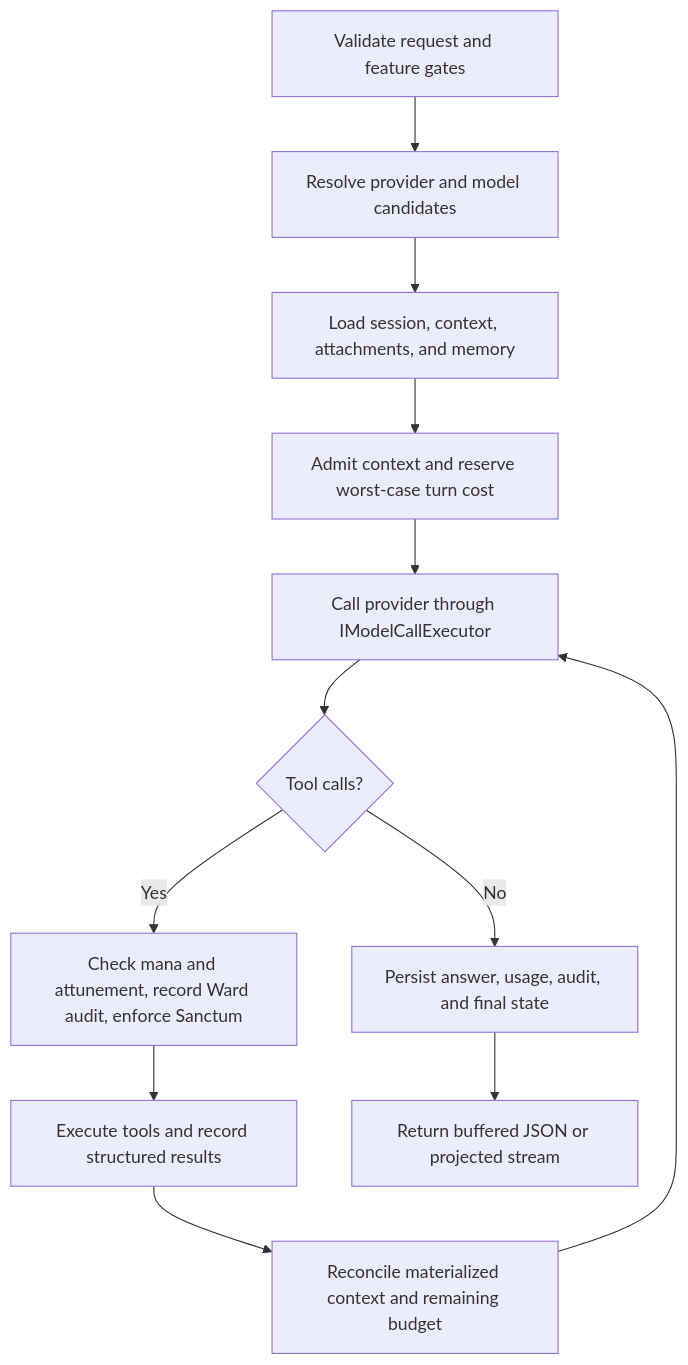
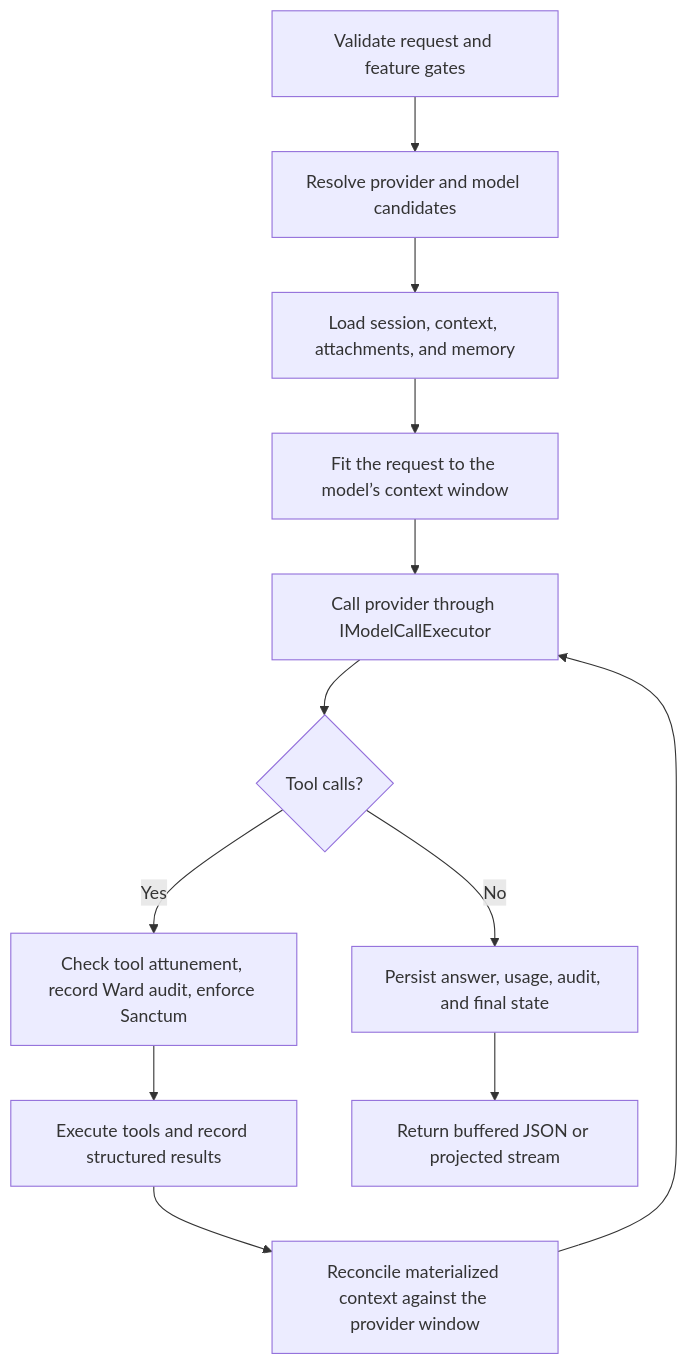
Before and after one commit to Retro-Downfall/RetroDownfall.Arcanum: the second of 2 diagrams in docs/Arcanum.Design.Human.md, drawn with Mermaid. The commit also changed other lines of this file and 437 other files, not shown here.

````diff
--- a/docs/Arcanum.Design.Human.md
+++ b/docs/Arcanum.Design.Human.md
@@ -102,14 +102,14 @@
 ```mermaid
 flowchart TD
     A["Validate request and feature gates"] --> B["Resolve provider and model candidates"]
     B --> C["Load session, context, attachments, and memory"]
-    C --> D["Admit context and reserve worst-case turn cost"]
+    C --> D["Fit the request to the model’s context window"]
     D --> E["Call provider through IModelCallExecutor"]
     E --> F{"Tool calls?"}
-    F -- Yes --> G["Check mana and attunement, record Ward audit, enforce Sanctum"]
+    F -- Yes --> G["Check tool attunement, record Ward audit, enforce Sanctum"]
     G --> H["Execute tools and record structured results"]
-    H --> I["Reconcile materialized context and remaining budget"]
+    H --> I["Reconcile materialized context against the provider window"]
     I --> E
     F -- No --> J["Persist answer, usage, audit, and final state"]
     J --> K["Return buffered JSON or projected stream"]
 ```
````
